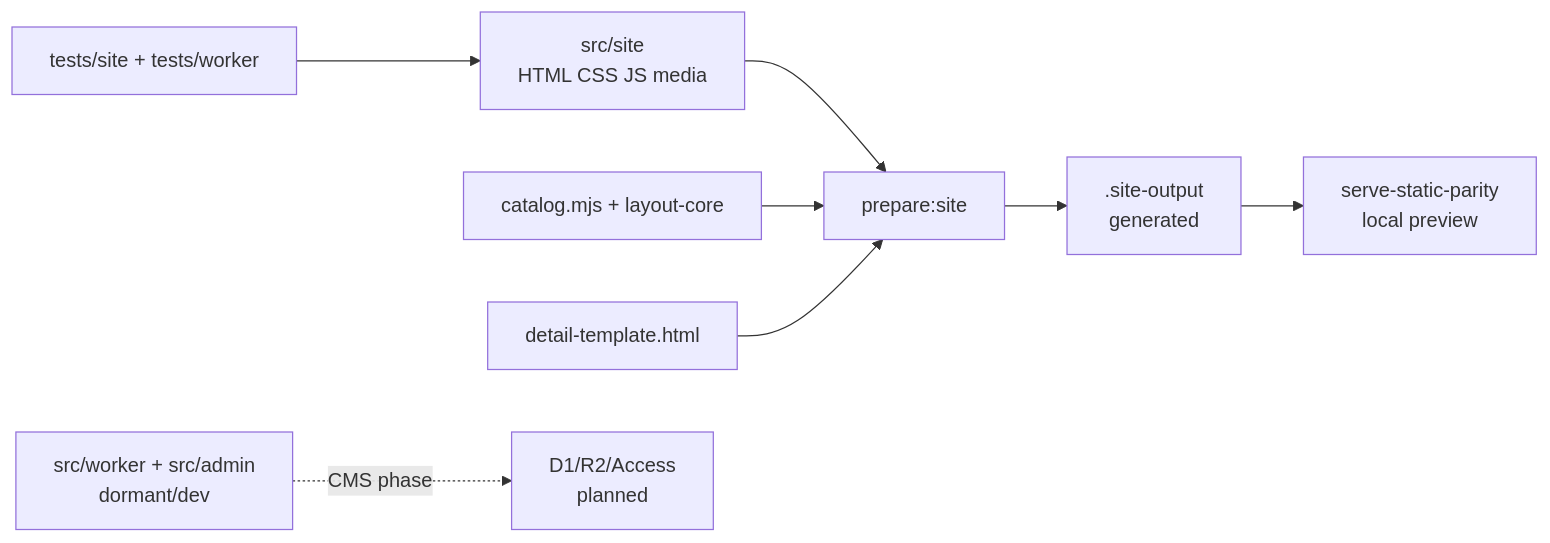
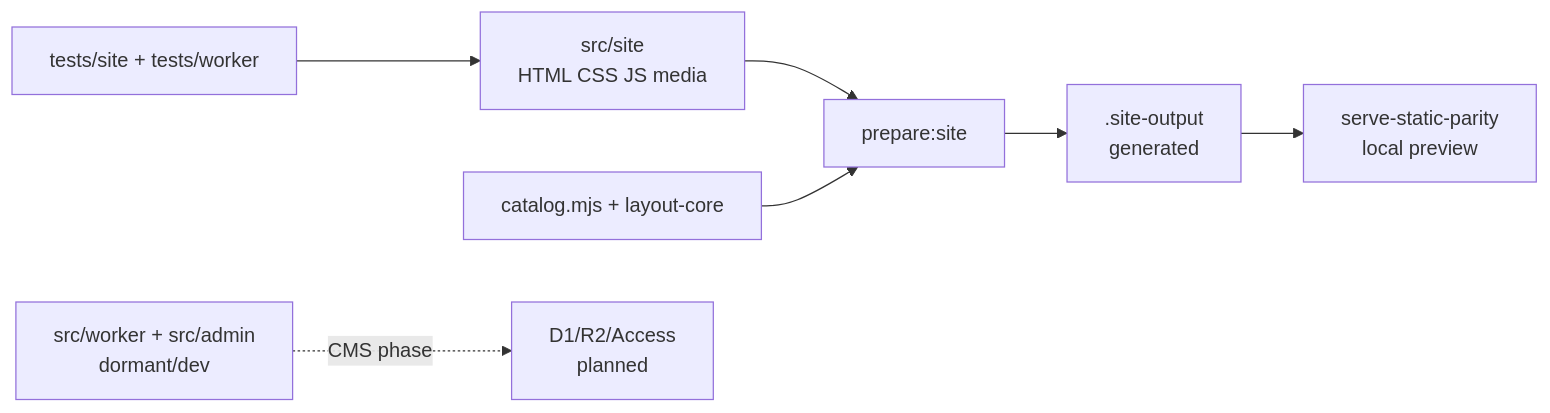
The diagram in docs/architecture.md (advertruongthinh-code/TruongThinhWebsite), drawn with Mermaid before and after one commit. The commit also changed other lines of this file and 34 other files, not shown here.

````diff
--- a/docs/architecture.md
+++ b/docs/architecture.md
@@ -26,10 +26,9 @@
 ```mermaid
 flowchart LR
   S["src/site\nHTML CSS JS media"] --> P["prepare:site"]
   P --> O[".site-output\ngenerated"]
   O --> V["serve-static-parity\nlocal preview"]
   C["catalog.mjs + layout-core"] --> P
-  T["detail-template.html"] --> P
   W["src/worker + src/admin\ndormant/dev"] -. CMS phase .-> D["D1/R2/Access\nplanned"]
   Q["tests/site + tests/worker"] --> S
 ```
````
